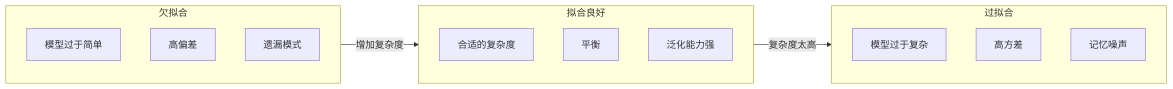
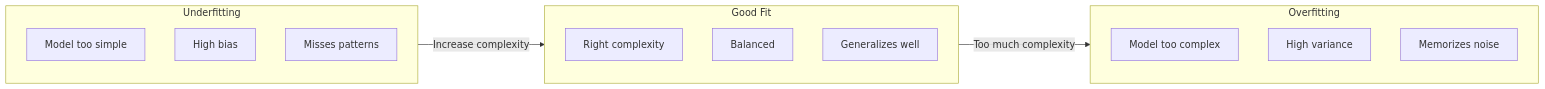
Before and after one commit to xiaojiaenen/ai-engineering-from-scratch-zh: the fifth of 6 diagrams in i18n/zh/phases/02-ml-fundamentals/01-what-is-machine-learning/docs/zh.md, drawn with Mermaid. The commit also changed other lines of this file and 18 other files, not shown here.

````diff
--- a/i18n/zh/phases/02-ml-fundamentals/01-what-is-machine-learning/docs/zh.md
+++ b/i18n/zh/phases/02-ml-fundamentals/01-what-is-machine-learning/docs/zh.md
@@ -183,23 +183,23 @@
 ```mermaid
 flowchart LR
-    subgraph UF["欠拟合"]
-        U1["模型过于简单"]
-        U2["高偏差"]
-        U3["遗漏模式"]
+    subgraph UF["Underfitting"]
+        U1["Model too simple"]
+        U2["High bias"]
+        U3["Misses patterns"]
     end
 
-    subgraph GF["拟合良好"]
-        G1["合适的复杂度"]
-        G2["平衡"]
-        G3["泛化能力强"]
+    subgraph GF["Good Fit"]
+        G1["Right complexity"]
+        G2["Balanced"]
+        G3["Generalizes well"]
     end
 
-    subgraph OF["过拟合"]
-        O1["模型过于复杂"]
-        O2["高方差"]
-        O3["记忆噪声"]
+    subgraph OF["Overfitting"]
+        O1["Model too complex"]
+        O2["High variance"]
+        O3["Memorizes noise"]
     end
 
-    UF -->|增加复杂度| GF
-    GF -->|复杂度太高| OF
+    UF -->|Increase complexity| GF
+    GF -->|Too much complexity| OF
 ```
````
